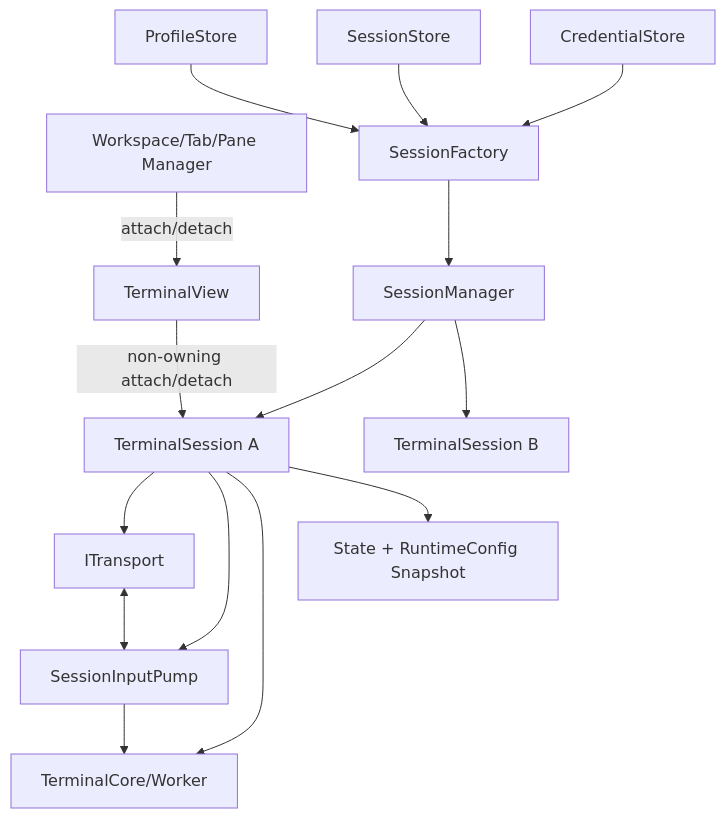
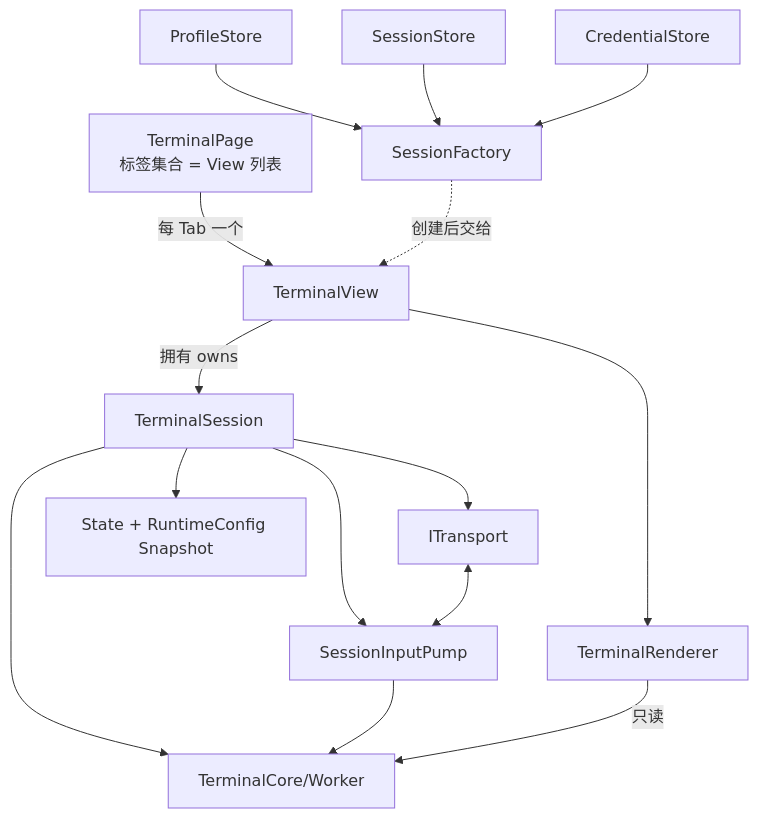
One commit to han-shao-jun/NovaTerm changed the first of 4 diagrams in docs/architecture/stages/P6_Session_and_Transport.md. Above: the diagram before and after it, drawn with Mermaid. The commit also changed other lines of this file and 3 other files, not shown here.

First line of the commit message:
docs: P6 改为「1 View 拥有 1 Session」架构，同步权威文档

````diff
--- a/docs/architecture/stages/P6_Session_and_Transport.md
+++ b/docs/architecture/stages/P6_Session_and_Transport.md
@@ -166,17 +192,17 @@
 ```mermaid
 flowchart TB
-    W[Workspace/Tab/Pane Manager] -->|attach/detach| V[TerminalView]
-    M[SessionManager] --> S1[TerminalSession A]
-    M --> S2[TerminalSession B]
-    V -->|non-owning attach/detach| S1
-    S1 --> T[ITransport]
-    S1 --> IP[SessionInputPump]
-    S1 --> C[TerminalCore/Worker]
-    S1 --> ST[State + RuntimeConfig Snapshot]
+    P[TerminalPage<br/>标签集合 = View 列表] -->|每 Tab 一个| V[TerminalView]
+    V -->|拥有 owns| S[TerminalSession]
+    V --> R[TerminalRenderer]
+    S --> T[ITransport]
+    S --> IP[SessionInputPump]
+    S --> C[TerminalCore/Worker]
+    S --> ST[State + RuntimeConfig Snapshot]
     PS[ProfileStore] --> F[SessionFactory]
     SS[SessionStore] --> F
     CS[CredentialStore] --> F
-    F --> M
+    F -.创建后交给.-> V
     IP --> C
     T <--> IP
+    R -->|只读| C
 ```
````
